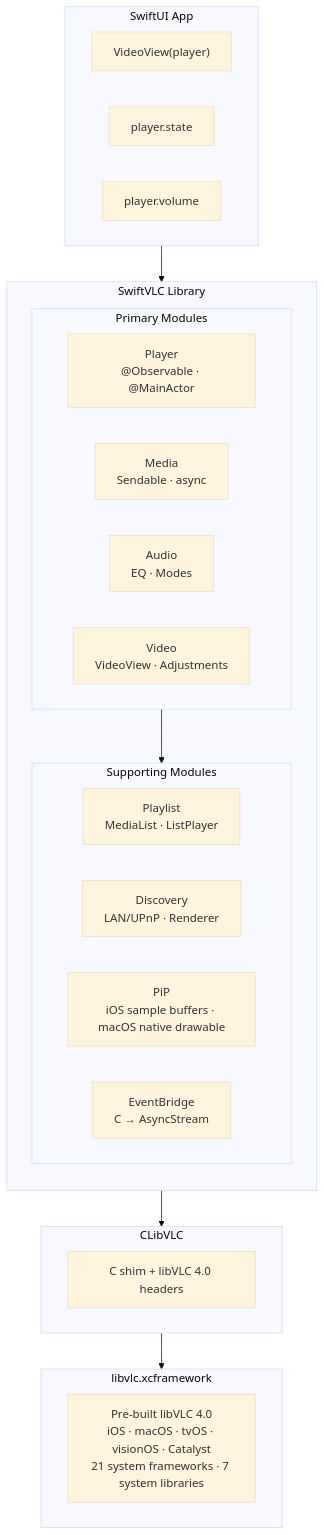
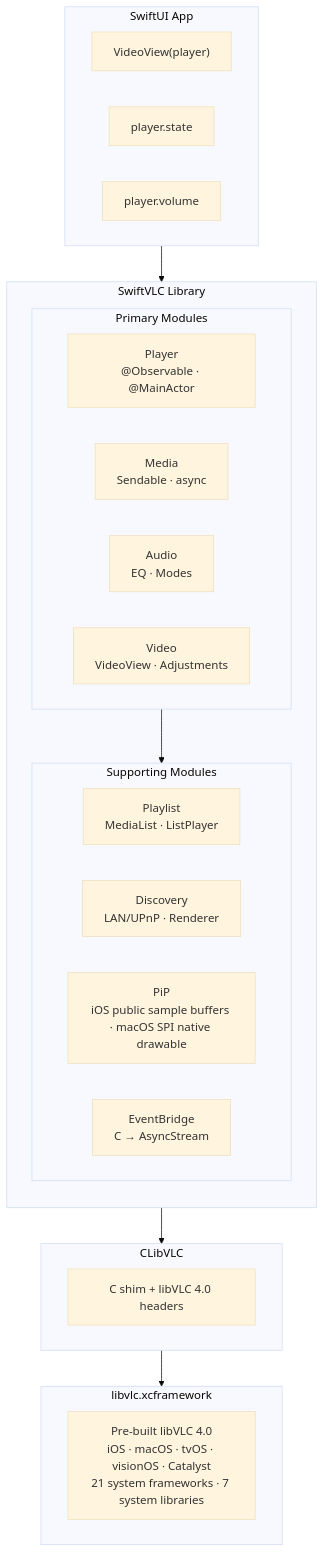
The first of 7 diagrams in ARCHITECTURE.md (harflabs/SwiftVLC), drawn with Mermaid (base theme) before and after one commit. The commit also changed other lines of this file and 87 other files, not shown here.

````diff
--- a/ARCHITECTURE.md
+++ b/ARCHITECTURE.md
@@ -32,37 +32,37 @@
 ```mermaid
 flowchart TB
     subgraph App["SwiftUI App"]
         VV["VideoView(player)"]
         PS["player.state"]
         PV["player.volume"]
     end
 
     subgraph SwiftVLC["SwiftVLC Library"]
         direction TB
         subgraph Top["Primary Modules"]
             Player["Player<br/>@Observable · @MainActor"]
             Media["Media<br/>Sendable · async"]
             Audio["Audio<br/>EQ · Modes"]
             Video["Video<br/>VideoView · Adjustments"]
         end
         subgraph Bottom["Supporting Modules"]
             Playlist["Playlist<br/>MediaList · ListPlayer"]
             Discovery["Discovery<br/>LAN/UPnP · Renderer"]
-            PiP["PiP<br/>iOS sample buffers · macOS native drawable"]
+            PiP["PiP<br/>iOS public sample buffers · macOS SPI native drawable"]
             EventBridge["EventBridge<br/>C → AsyncStream"]
         end
     end
 
     subgraph CLibVLC["CLibVLC"]
         Shim["C shim + libVLC 4.0 headers"]
     end
 
     subgraph XCF["libvlc.xcframework"]
         Binary["Pre-built libVLC 4.0<br/>iOS · macOS · tvOS · visionOS · Catalyst<br/>21 system frameworks · 7 system libraries"]
     end
 
     App --> SwiftVLC
     Top --> Bottom
     SwiftVLC --> CLibVLC
     CLibVLC --> XCF
 ```
````
